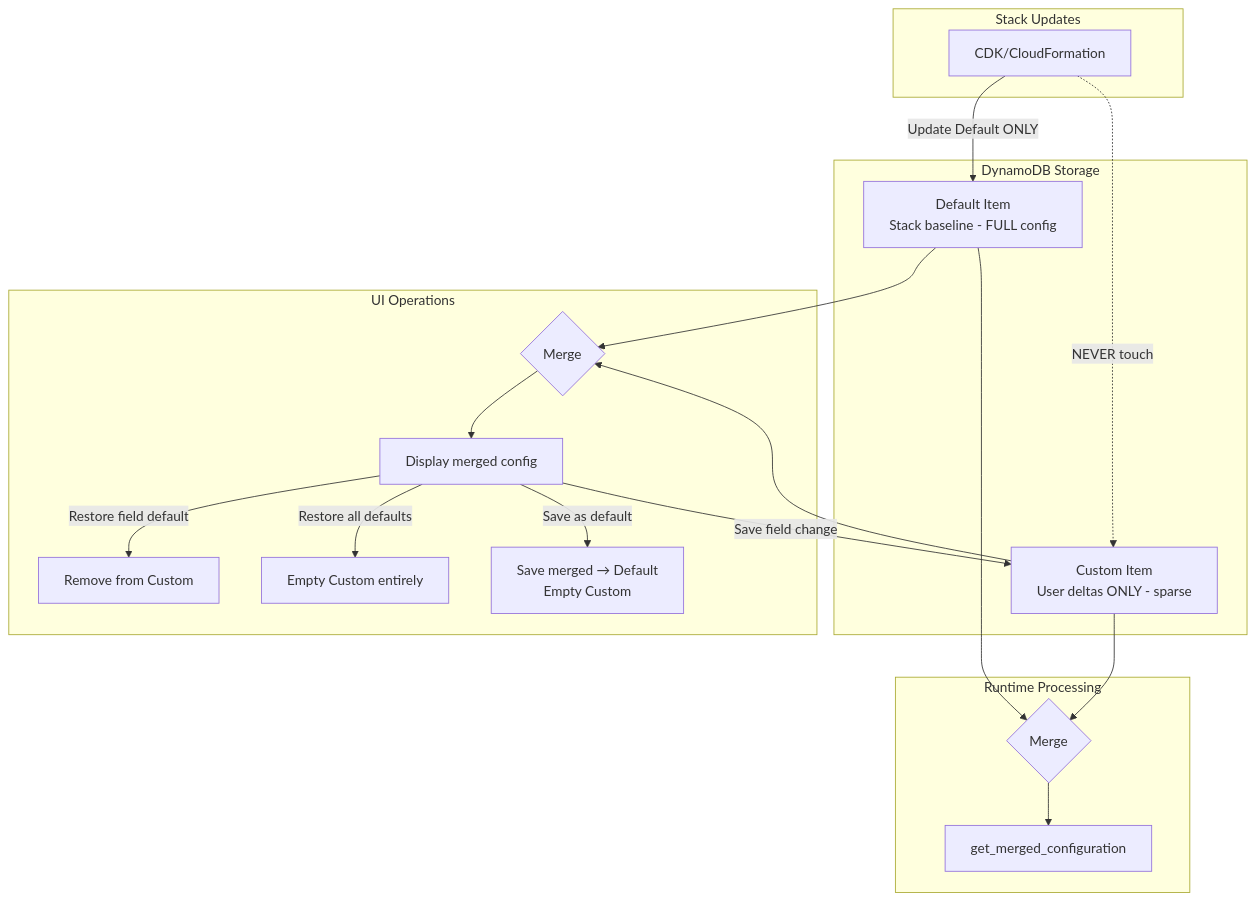
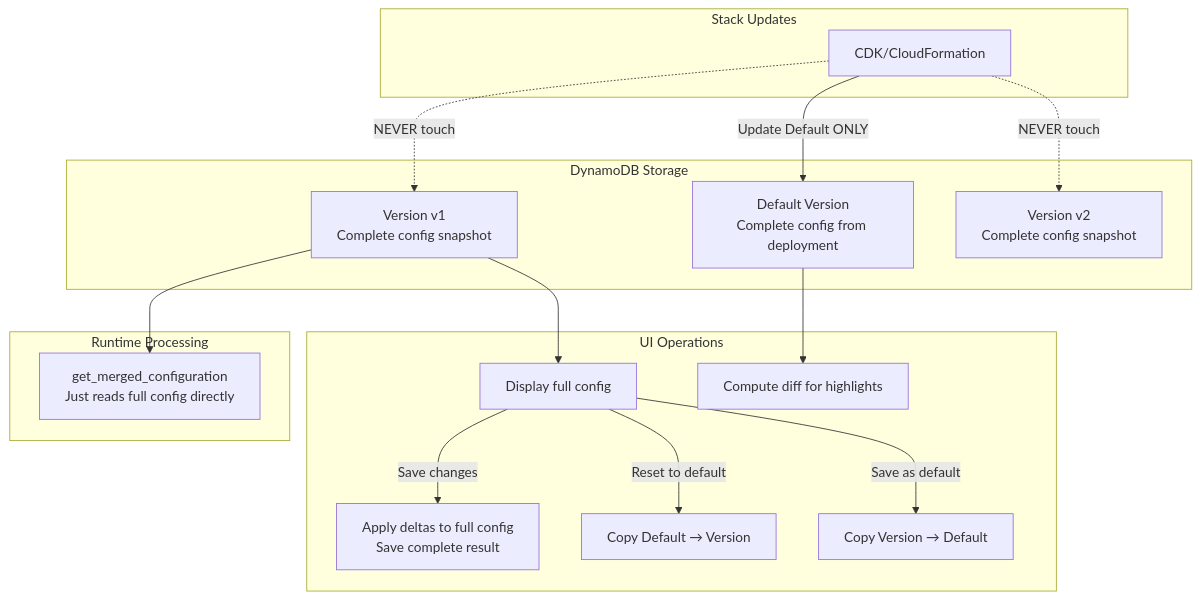
One commit to sirirako/accelerated-intelligent-document-processing-on-aws changed the diagram in memory-bank/activeContext.md. Above: the diagram before and after it, drawn with Mermaid. The commit also changed other lines of this file and 14 other files, not shown here.

Commit message:
Configuration Versions Store Full Configurations (Non-Sparse) PLUS Doc Updates for Configuration Versions

````diff
--- a/memory-bank/activeContext.md
+++ b/memory-bank/activeContext.md
@@ -142,28 +22,26 @@
 ```mermaid
 flowchart TD
     subgraph "DynamoDB Storage"
-        D[Default Item<br>Stack baseline - FULL config]
-        C[Custom Item<br>User deltas ONLY - sparse]
+        D[Default Version<br>Complete config from deployment]
+        V1[Version v1<br>Complete config snapshot]
+        V2[Version v2<br>Complete config snapshot]
     end
     
     subgraph "Stack Updates"
         SU[CDK/CloudFormation] -->|"Update Default ONLY"| D
-        SU -.->|"NEVER touch"| C
+        SU -.->|"NEVER touch"| V1
+        SU -.->|"NEVER touch"| V2
     end
     
     subgraph "UI Operations"
-        D --> M{Merge}
-        C --> M
-        M --> UI[Display merged config]
-        UI -->|"Save field change"| C
-        UI -->|"Restore field default"| RC[Remove from Custom]
-        UI -->|"Restore all defaults"| EC[Empty Custom entirely]
-        UI -->|"Save as default"| SAD[Save merged → Default<br>Empty Custom]
+        V1 --> UI[Display full config]
+        D --> DIFF[Compute diff for highlights]
+        UI -->|"Save changes"| SAVE[Apply deltas to full config<br>Save complete result]
+        UI -->|"Reset to default"| RESET[Copy Default → Version]
+        UI -->|"Save as default"| SAD[Copy Version → Default]
     end
     
     subgraph "Runtime Processing"
-        D --> RM{Merge}
-        C --> RM
-        RM --> RT[get_merged_configuration]
+        V1 --> RT[get_merged_configuration<br>Just reads full config directly]
     end
 ```
````
